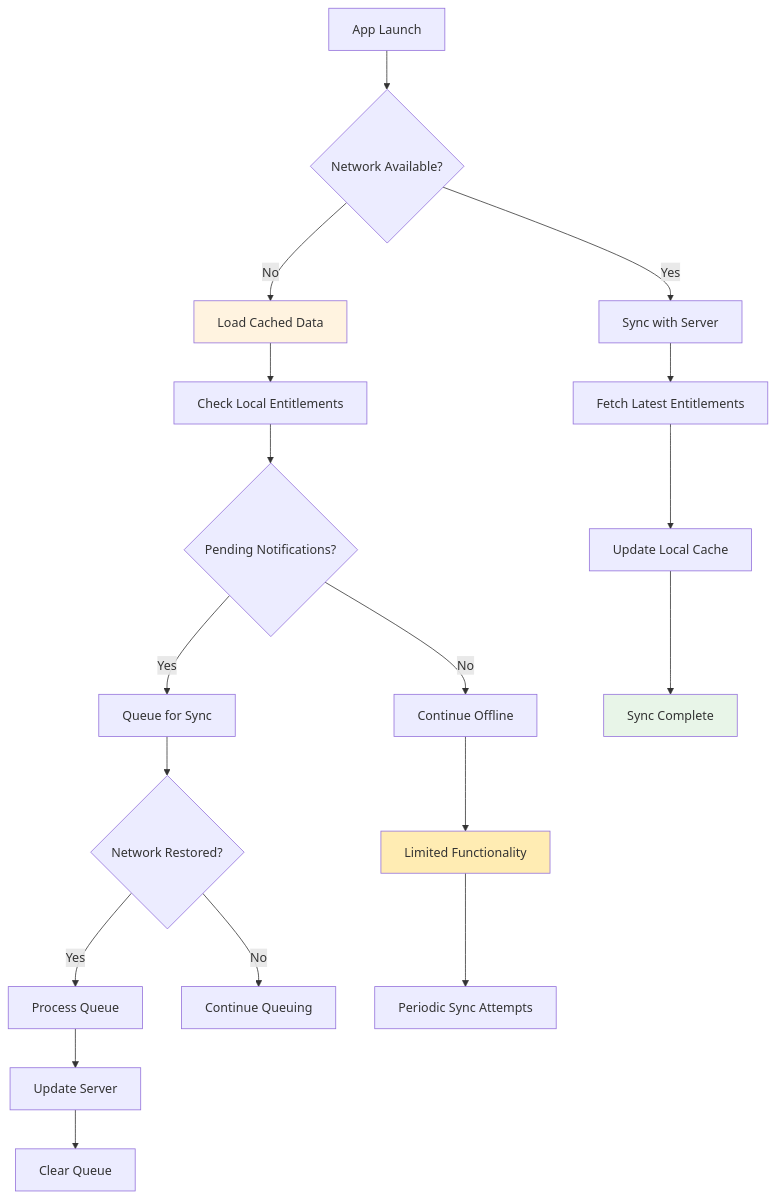
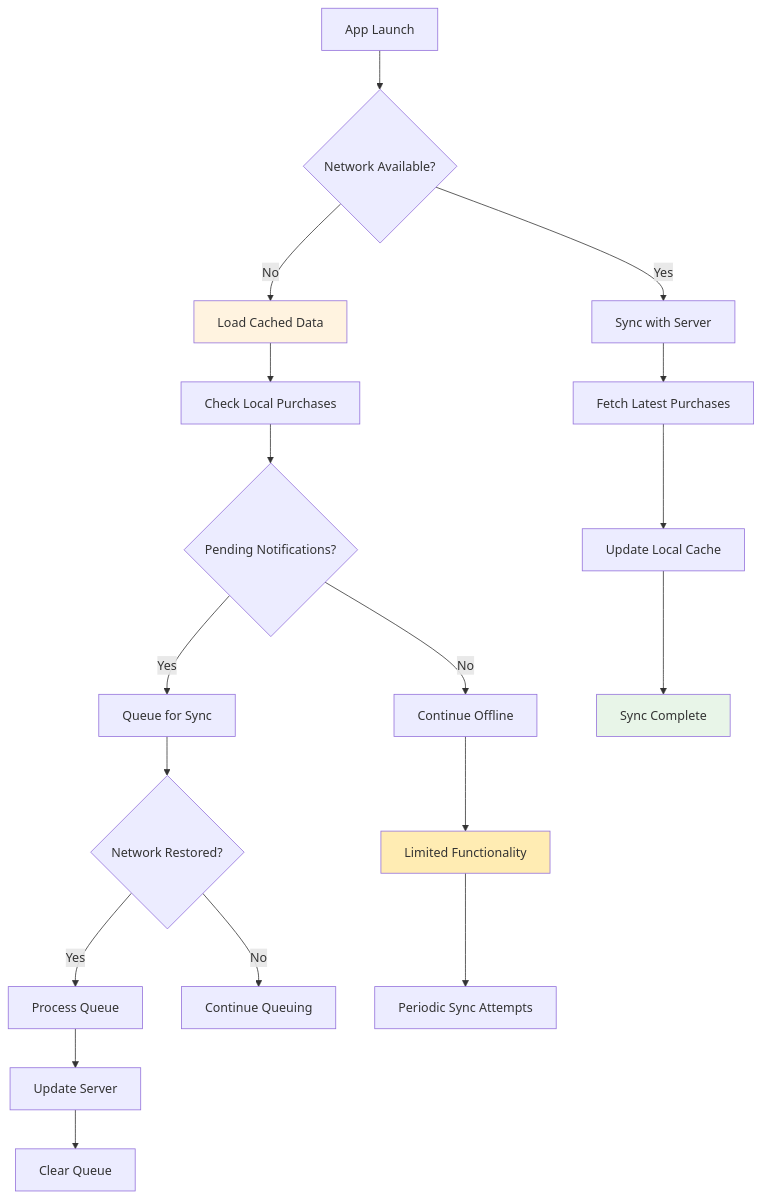
Before and after one commit to tnstoyanov/applePayInAppBt: the sixth of 9 diagrams in architecture/flow-diagrams.md, drawn with Mermaid. The commit also changed other lines of this file, not shown here.

First line of the commit message:
Remove subscription management flow and update terminology

````diff
--- a/architecture/flow-diagrams.md
+++ b/architecture/flow-diagrams.md
@@ -211,29 +188,29 @@
 ```mermaid
 flowchart TD
     A[App Launch] --> B{Network Available?}
     B -->|No| C[Load Cached Data]
     B -->|Yes| D[Sync with Server]
     
-    C --> E[Check Local Entitlements]
+    C --> E[Check Local Purchases]
     E --> F{Pending Notifications?}
     F -->|Yes| G[Queue for Sync]
     F -->|No| H[Continue Offline]
     
-    D --> I[Fetch Latest Entitlements]
+    D --> I[Fetch Latest Purchases]
     I --> J[Update Local Cache]
     J --> K[Sync Complete]
     
     G --> L{Network Restored?}
     L -->|Yes| M[Process Queue]
     L -->|No| N[Continue Queuing]
     
     M --> O[Update Server]
     O --> P[Clear Queue]
     
     H --> Q[Limited Functionality]
     Q --> R[Periodic Sync Attempts]
     
     style C fill:#fff3e0
     style Q fill:#ffecb3
     style K fill:#e8f5e8
 ```
````
